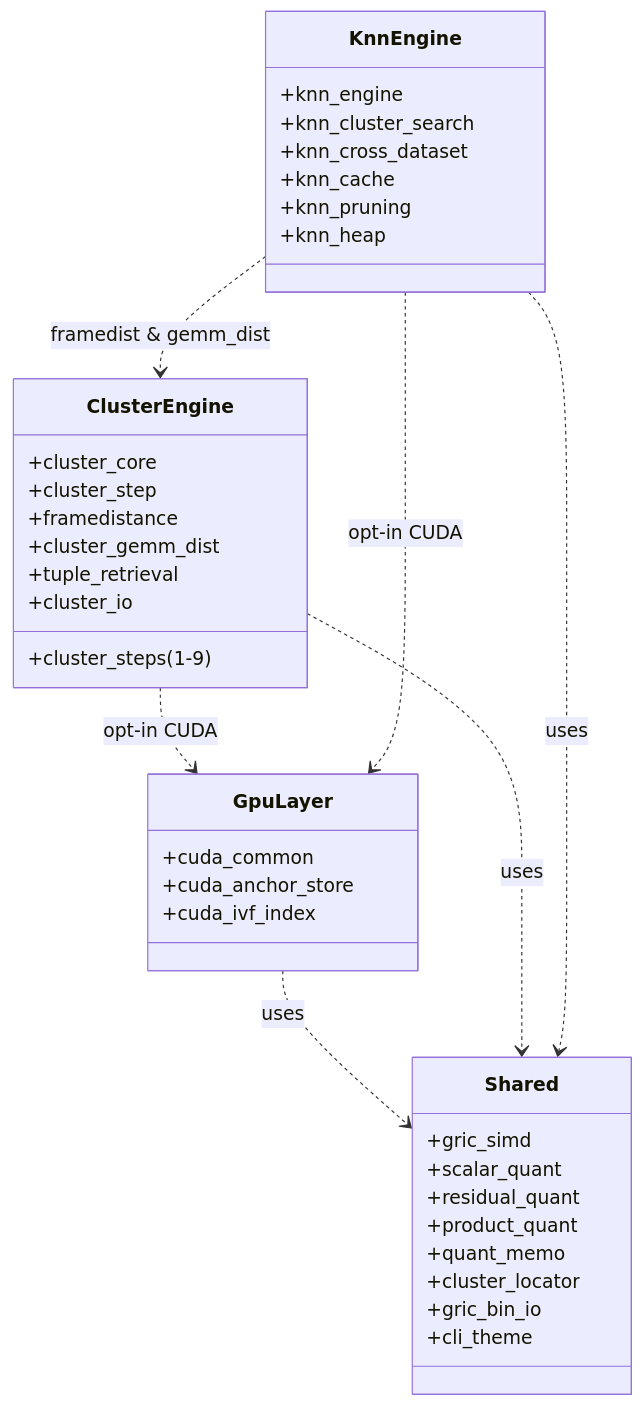
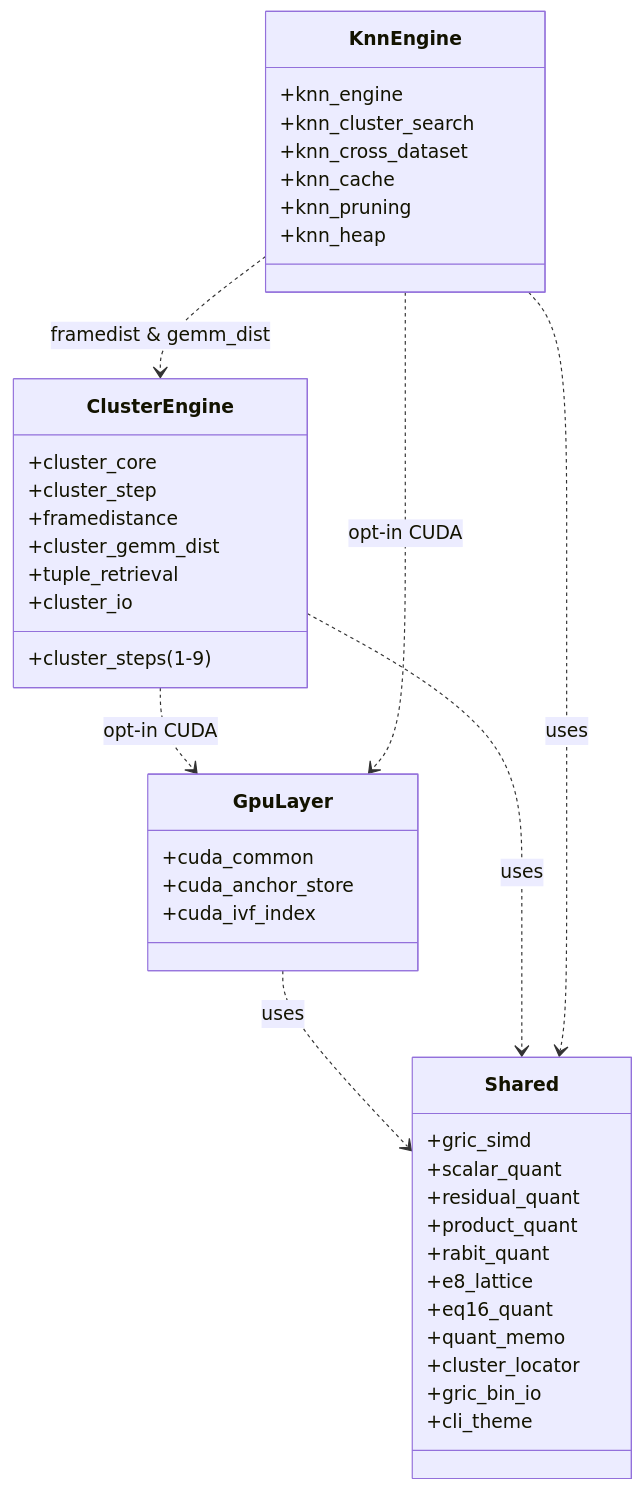
One commit to oguyon/gric-cluster changed the second of 2 diagrams in dependency_graph.md. Above: the diagram before and after it, drawn with Mermaid. The commit also changed other lines of this file and 73 other files, not shown here.

````diff
--- a/dependency_graph.md
+++ b/dependency_graph.md
@@ -110,45 +110,48 @@
 ```mermaid
 classDiagram
     class Shared {
         +gric_simd
         +scalar_quant
         +residual_quant
         +product_quant
+        +rabit_quant
+        +e8_lattice
+        +eq16_quant
         +quant_memo
         +cluster_locator
         +gric_bin_io
         +cli_theme
     }
 
     class GpuLayer {
         +cuda_common
         +cuda_anchor_store
         +cuda_ivf_index
     }
 
     class ClusterEngine {
         +cluster_core
         +cluster_step
         +cluster_steps (1-9)
         +framedistance
         +cluster_gemm_dist
         +tuple_retrieval
         +cluster_io
     }
 
     class KnnEngine {
         +knn_engine
         +knn_cluster_search
         +knn_cross_dataset
         +knn_cache
         +knn_pruning
         +knn_heap
     }
 
     GpuLayer ..> Shared : uses
     ClusterEngine ..> Shared : uses
     ClusterEngine ..> GpuLayer : opt-in CUDA
     KnnEngine ..> Shared : uses
     KnnEngine ..> GpuLayer : opt-in CUDA
     KnnEngine ..> ClusterEngine : framedist & gemm_dist
 ```
````
